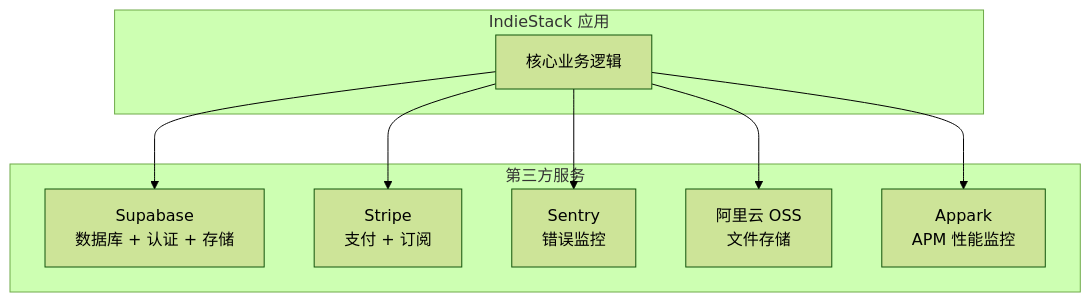
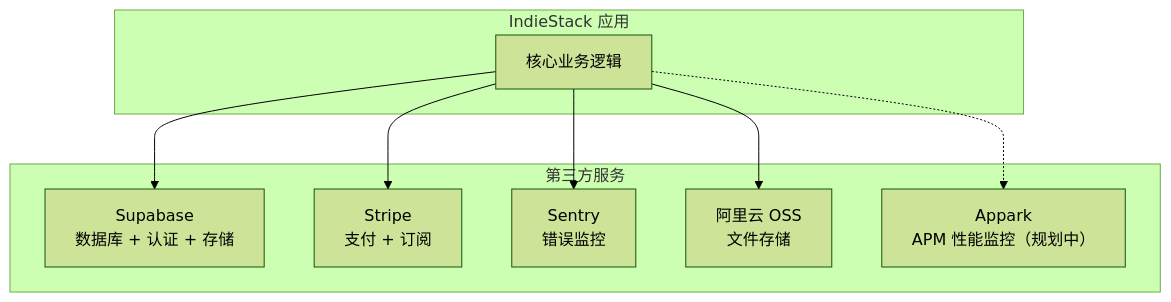
The first of 5 diagrams in docs/architecture/11-integrations.md (Sun1090/IndieStack), drawn with Mermaid (forest theme) before and after one commit. The commit also changed other lines of this file and 32 other files, not shown here.

````diff
--- a/docs/architecture/11-integrations.md
+++ b/docs/architecture/11-integrations.md
@@ -5,20 +5,20 @@
 ```mermaid
 graph TD
     subgraph App["IndieStack 应用"]
         Core["核心业务逻辑"]
     end
 
     subgraph Integrations["第三方服务"]
         Supabase["Supabase<br/>数据库 + 认证 + 存储"]
         Stripe["Stripe<br/>支付 + 订阅"]
         Sentry["Sentry<br/>错误监控"]
         OSS["阿里云 OSS<br/>文件存储"]
-        Appark["Appark<br/>APM 性能监控"]
+        Appark["Appark<br/>APM 性能监控（规划中）"]
     end
 
     Core --> Supabase
     Core --> Stripe
     Core --> Sentry
     Core --> OSS
-    Core --> Appark
+    Core -.-> Appark
 ```
````
